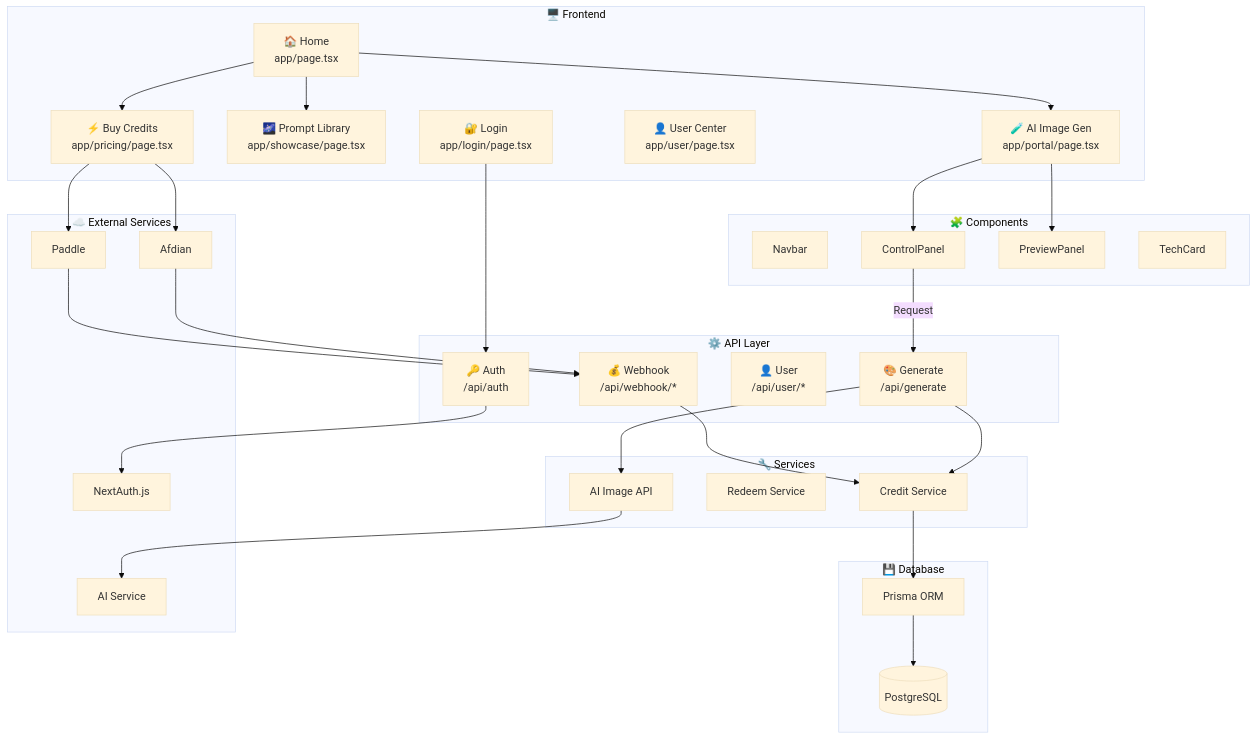
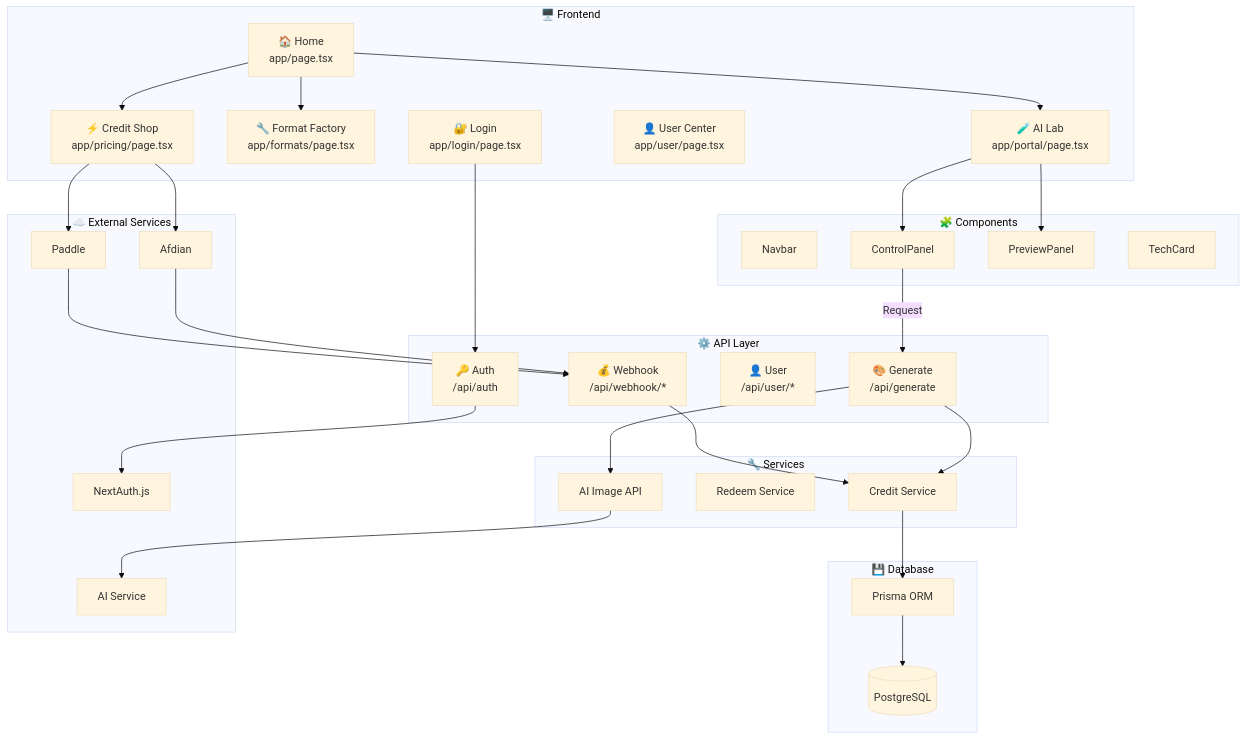
The first of 2 diagrams in README.md (Trade-Offf/The-Nth-Me), drawn with Mermaid (base theme) before and after one commit. The commit also changed other lines of this file and 34 other files, not shown here.

````diff
--- a/README.md
+++ b/README.md
@@ -147,66 +147,66 @@
 ```mermaid
 flowchart TB
     subgraph Frontend["🖥️ Frontend"]
         Home["🏠 Home<br/>app/page.tsx"]
-        Portal["🧪 AI Image Gen<br/>app/portal/page.tsx"]
-        Showcase["🌌 Prompt Library<br/>app/showcase/page.tsx"]
-        Pricing["⚡ Buy Credits<br/>app/pricing/page.tsx"]
+        Portal["🧪 AI Lab<br/>app/portal/page.tsx"]
+        Formats["🔧 Format Factory<br/>app/formats/page.tsx"]
+        Pricing["⚡ Credit Shop<br/>app/pricing/page.tsx"]
         User["👤 User Center<br/>app/user/page.tsx"]
         Login["🔐 Login<br/>app/login/page.tsx"]
     end
 
     subgraph Components["🧩 Components"]
         Navbar["Navbar"]
         ControlPanel["ControlPanel"]
         PreviewPanel["PreviewPanel"]
         TechCard["TechCard"]
     end
 
     subgraph API["⚙️ API Layer"]
         AuthAPI["🔑 Auth<br/>/api/auth"]
         GenerateAPI["🎨 Generate<br/>/api/generate"]
         UserAPI["👤 User<br/>/api/user/*"]
         WebhookAPI["💰 Webhook<br/>/api/webhook/*"]
     end
 
     subgraph Services["🔧 Services"]
         CreditService["Credit Service"]
         RedeemService["Redeem Service"]
         NanobananaAPI["AI Image API"]
     end
 
     subgraph Database["💾 Database"]
         Prisma["Prisma ORM"]
         PostgreSQL[("PostgreSQL")]
     end
 
     subgraph External["☁️ External Services"]
         NextAuth["NextAuth.js"]
         Afdian["Afdian"]
         Paddle["Paddle"]
         AIService["AI Service"]
     end
 
     Home --> Portal
-    Home --> Showcase
+    Home --> Formats
     Home --> Pricing
     Portal --> ControlPanel
     Portal --> PreviewPanel
 
     ControlPanel -->|"Request"| GenerateAPI
     GenerateAPI --> CreditService
     GenerateAPI --> NanobananaAPI
     NanobananaAPI --> AIService
 
     Login --> AuthAPI
     AuthAPI --> NextAuth
 
     Pricing --> Afdian
     Pricing --> Paddle
     Afdian --> WebhookAPI
     Paddle --> WebhookAPI
     WebhookAPI --> CreditService
 
     CreditService --> Prisma
     Prisma --> PostgreSQL
 ```
````
